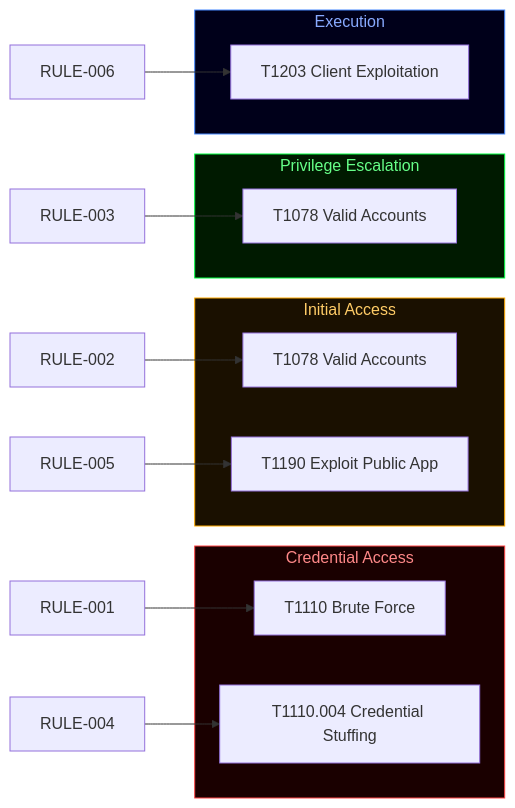
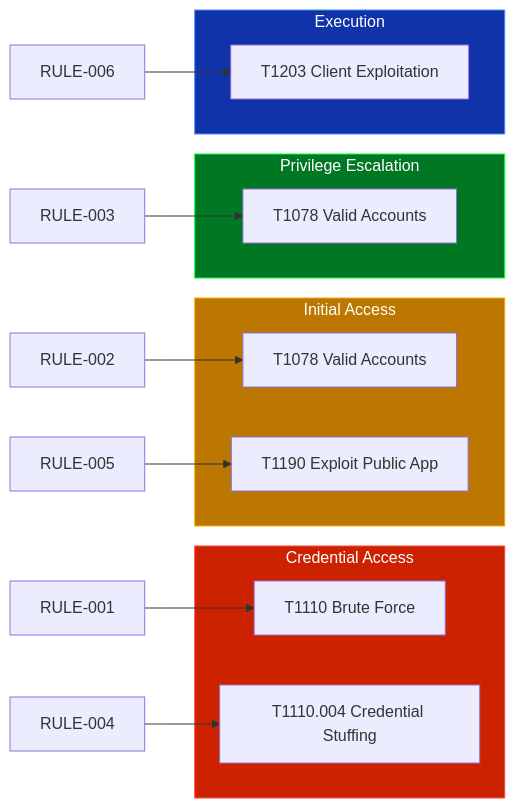
Before and after one commit to Speed-boo3/soc-project: the fourth of 8 diagrams in README.md, drawn with Mermaid. The commit also changed other lines of this file, not shown here.

Commit message:
Fix diagram colors: bright readable nodes on all diagrams

````diff
--- a/README.md
+++ b/README.md
@@ -169,28 +206,28 @@
 ```mermaid
 flowchart LR
     subgraph CA[Credential Access]
         T1110[T1110 Brute Force]
         T1110b[T1110.004 Credential Stuffing]
     end
     subgraph IA[Initial Access]
         T1078[T1078 Valid Accounts]
         T1190[T1190 Exploit Public App]
     end
     subgraph PE[Privilege Escalation]
         T1078b[T1078 Valid Accounts]
     end
     subgraph EX[Execution]
         T1203[T1203 Client Exploitation]
     end
     R1[RULE-001] --> T1110
     R4[RULE-004] --> T1110b
     R2[RULE-002] --> T1078
     R5[RULE-005] --> T1190
     R3[RULE-003] --> T1078b
     R6[RULE-006] --> T1203
 
-    style CA fill:#1a0000,stroke:#ff4444,color:#ff8888
-    style IA fill:#1a1000,stroke:#ffaa00,color:#ffcc66
-    style PE fill:#001a00,stroke:#00ff41,color:#66ff88
-    style EX fill:#00001a,stroke:#4488ff,color:#88aaff
+    style CA fill:#cc2200,stroke:#ff4444,color:#ffffff
+    style IA fill:#bb7700,stroke:#ffaa00,color:#ffffff
+    style PE fill:#007722,stroke:#00ff41,color:#ffffff
+    style EX fill:#1133aa,stroke:#4488ff,color:#ffffff
 ```
````
